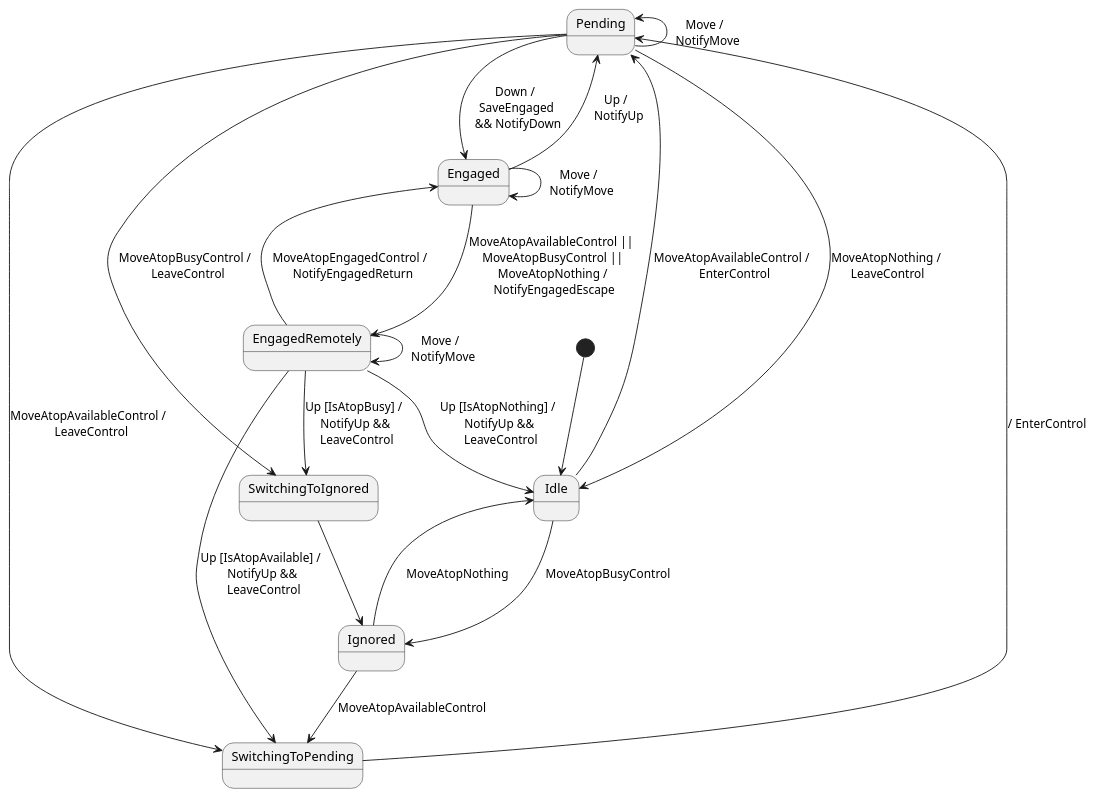
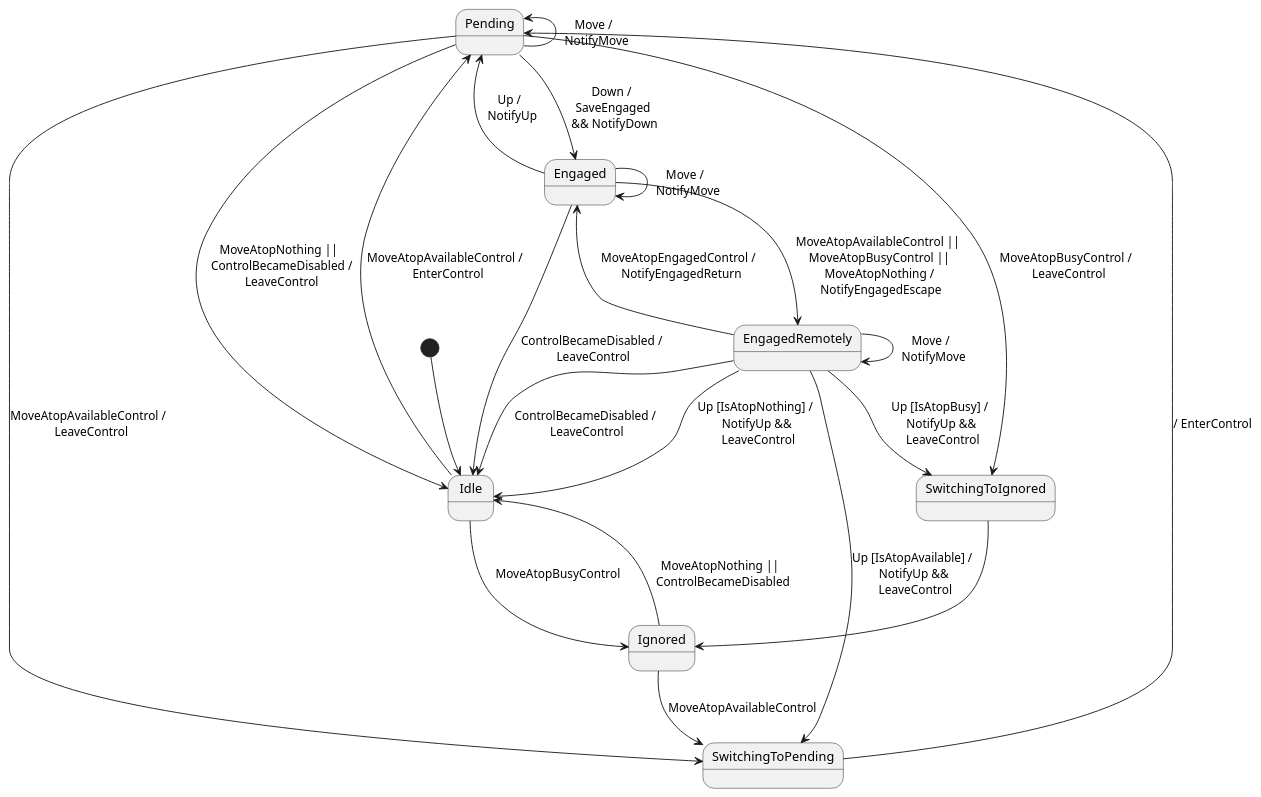
The diagram in Documentation/PointerInput.puml (bobkocisko/libgui), drawn with PlantUML before and after one commit. The commit also changed 13 other files, not shown here.

```diff
--- a/Documentation/PointerInput.puml
+++ b/Documentation/PointerInput.puml
@@ -1,40 +1,42 @@
 @startuml
 
 [*] --> Idle
 
 Idle --> Pending: MoveAtopAvailableControl / \n EnterControl
 
 Pending -left-> Pending: Move / \n NotifyMove
-Pending --> Idle: MoveAtopNothing /\n LeaveControl
+Pending --> Idle: MoveAtopNothing || \n ControlBecameDisabled /\n LeaveControl
 
 Idle -> Ignored: MoveAtopBusyControl
 
-Ignored -> Idle: MoveAtopNothing
+Ignored -> Idle: MoveAtopNothing || \n ControlBecameDisabled
 
 Pending --> Engaged: Down / \n SaveEngaged \n && NotifyDown
 
 Engaged --> Pending: Up / \n NotifyUp
+Engaged --> Idle:  ControlBecameDisabled /\n LeaveControl
 
 Pending --> SwitchingToIgnored: MoveAtopBusyControl / \n LeaveControl
 
 Pending --> SwitchingToPending: MoveAtopAvailableControl / \n LeaveControl
 
 SwitchingToPending -> Pending: / EnterControl
 
 SwitchingToIgnored --> Ignored
 
 Ignored --> SwitchingToPending: MoveAtopAvailableControl
 
 Engaged --> EngagedRemotely: MoveAtopAvailableControl || \n MoveAtopBusyControl || \n MoveAtopNothing / \n NotifyEngagedEscape
 Engaged --> Engaged: Move / \n NotifyMove
 
 EngagedRemotely --> Engaged: MoveAtopEngagedControl / \n NotifyEngagedReturn
 
 EngagedRemotely --> EngagedRemotely: Move / \n NotifyMove
 
 EngagedRemotely --> Idle: Up [IsAtopNothing] / \n NotifyUp && \n LeaveControl
+EngagedRemotely --> Idle:  ControlBecameDisabled /\n LeaveControl
+
 EngagedRemotely --> SwitchingToIgnored: Up [IsAtopBusy] / \n NotifyUp && \n LeaveControl
 EngagedRemotely --> SwitchingToPending: Up [IsAtopAvailable] / \n NotifyUp && \n LeaveControl
 
-
 @enduml
```
